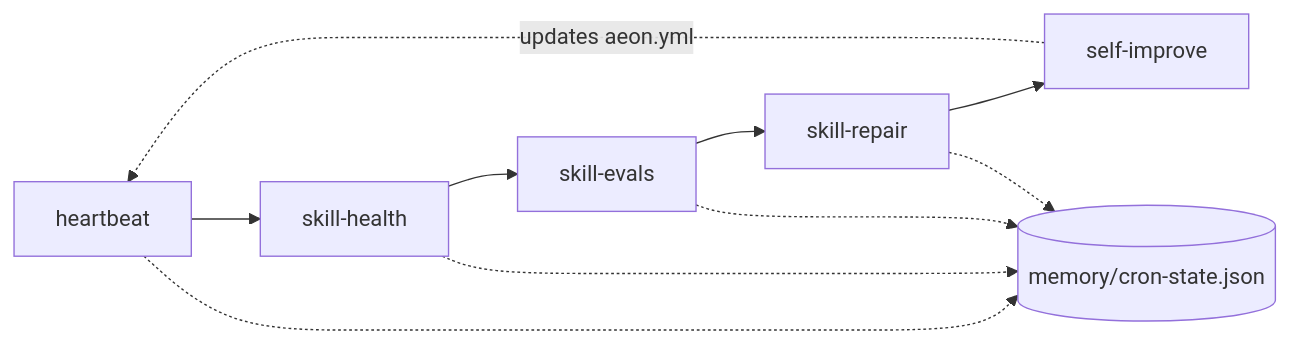
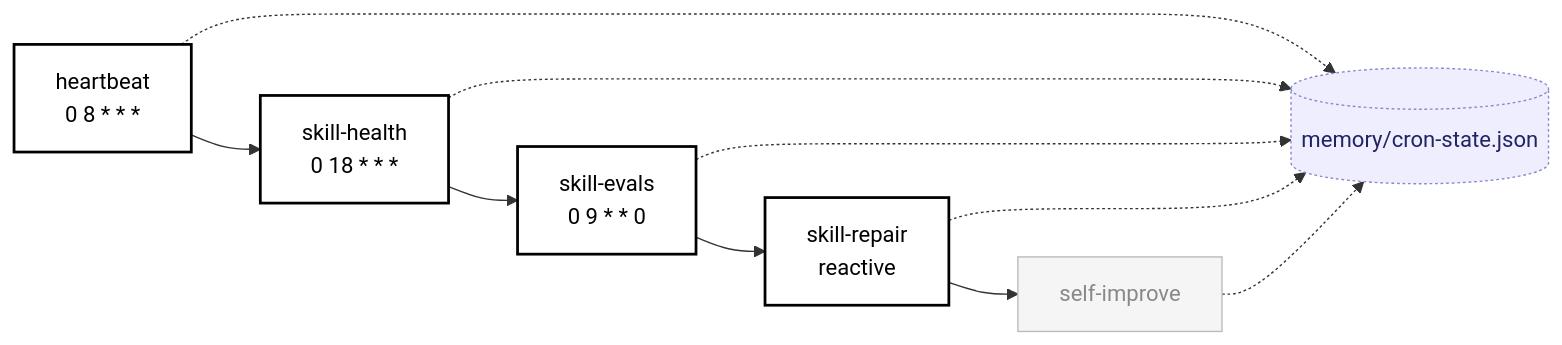
Before and after one commit to swarm-ai-research/aeon: the second of 8 diagrams in docs/skill-graph.md, drawn with Mermaid. The commit also changed other lines of this file and 1 other file, not shown here.

First line of the commit message:
docs(skill-graph): regenerate map (SKILL_GRAPH_NEW: 175 skills, 44 enabled)

````diff
--- a/docs/skill-graph.md
+++ b/docs/skill-graph.md
@@ -48,23 +49,32 @@
 ```mermaid
 flowchart LR
-    heartbeat[heartbeat]
-    skill-health[skill-health]
-    skill-evals[skill-evals]
-    skill-repair[skill-repair]
-    self-improve[self-improve]
-    cron[("memory/cron-state.json")]
+    heartbeat["heartbeat<br/>0 8 * * *"]
+    skill-health["skill-health<br/>0 18 * * *"]
+    skill-evals["skill-evals<br/>0 9 * * 0"]
+    skill-repair["skill-repair<br/>reactive"]
+    self-improve["self-improve"]
     heartbeat --> skill-health
     skill-health --> skill-evals
     skill-evals --> skill-repair
     skill-repair --> self-improve
-    self-improve -.->|"updates aeon.yml"| heartbeat
-    heartbeat -.-> cron
-    skill-health -.-> cron
-    skill-evals -.-> cron
-    skill-repair -.-> cron
+    cron_state[("memory/cron-state.json")]
+    heartbeat -.-> cron_state
+    skill-health -.-> cron_state
+    skill-evals -.-> cron_state
+    skill-repair -.-> cron_state
+    self-improve -.-> cron_state
+    classDef enabled fill:#fff,stroke:#000,stroke-width:2px,color:#000
+    classDef disabled fill:#f5f5f5,stroke:#bbb,color:#888
+    classDef state fill:#eef,stroke:#88c,color:#226,stroke-dasharray:2 2
+    class heartbeat enabled
+    class skill-health enabled
+    class skill-evals enabled
+    class skill-repair enabled
+    class self-improve disabled
+    class cron_state state
     click heartbeat "../skills/heartbeat/SKILL.md"
     click skill-health "../skills/skill-health/SKILL.md"
     click skill-evals "../skills/skill-evals/SKILL.md"
     click skill-repair "../skills/skill-repair/SKILL.md"
     click self-improve "../skills/self-improve/SKILL.md"
 ```
````
